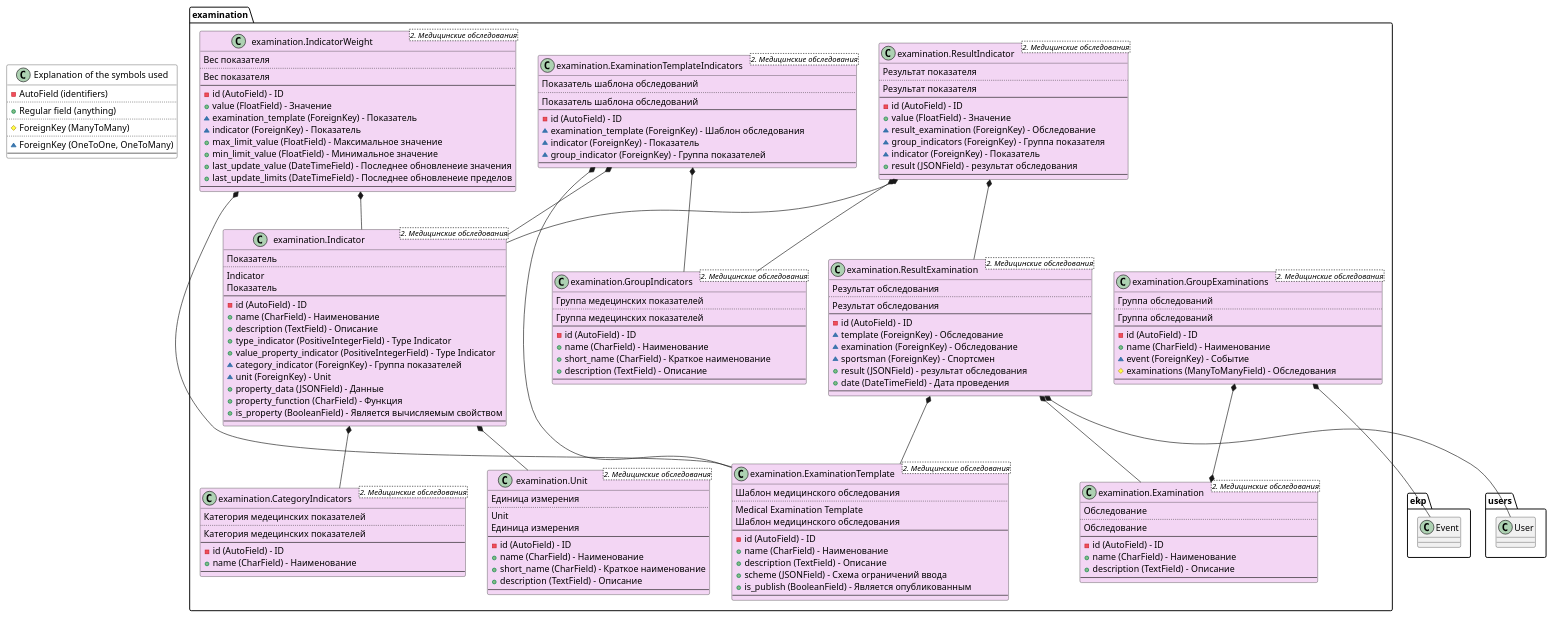
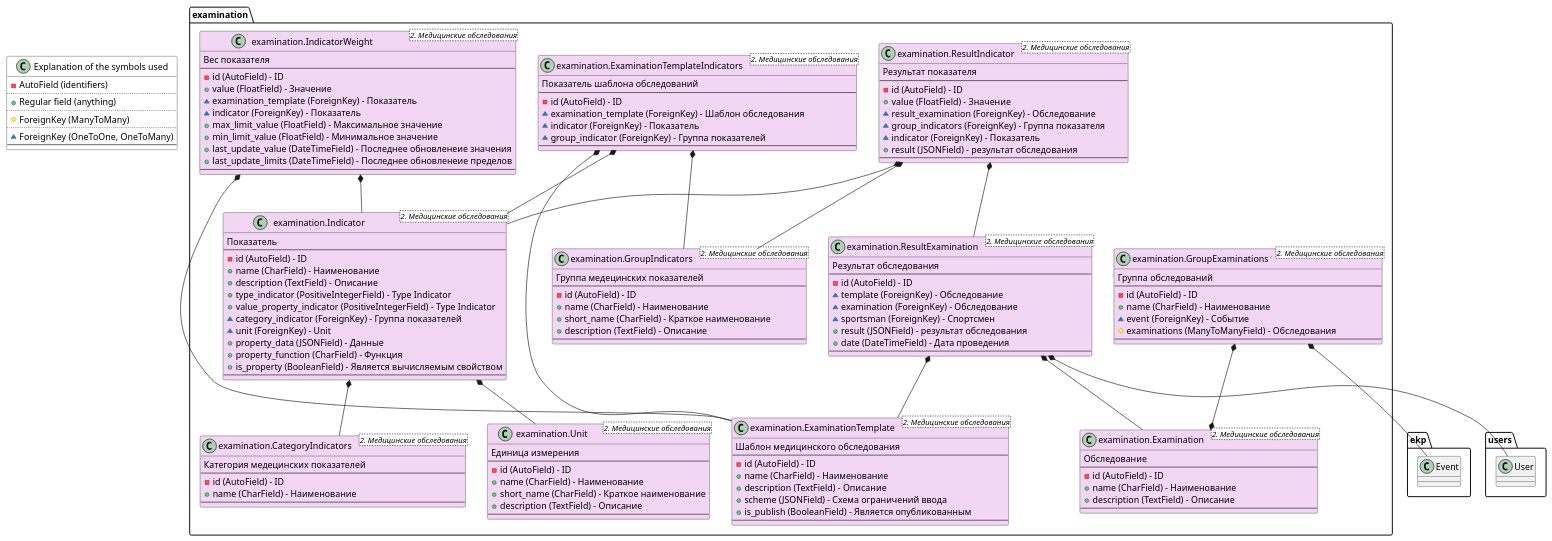
One commit to kiselevvn/sport-system-backend changed the diagram in docs/diagrams/src/class/v2/examination.puml. Above: the diagram before and after it, drawn with PlantUML. The commit also changed 9 other files, not shown here.

```diff
--- a/docs/diagrams/src/class/v2/examination.puml
+++ b/docs/diagrams/src/class/v2/examination.puml
@@ -1,188 +1,163 @@
 @startuml
 
     class "Explanation of the symbols used" as DESCRIPTION #FFF {
     - AutoField (identifiers)
     ..
     + Regular field (anything)
     ..
     # ForeignKey (ManyToMany)
     ..
     ~ ForeignKey (OneToOne, OneToMany)
     --
 }
 
 
 class "examination.Examination <2. Медицинские обследования>" as examination.Examination #f3d6f4 {
     Обследование
-    ..
-    Обследование
     --
     - id (AutoField) - ID
     + name (CharField) - Наименование
     + description (TextField) - Описание
     --
 }
 
 
 class "examination.GroupExaminations <2. Медицинские обследования>" as examination.GroupExaminations #f3d6f4 {
-    Группа обследований
-    ..
     Группа обследований
     --
     - id (AutoField) - ID
     + name (CharField) - Наименование
     ~ event (ForeignKey) - Событие
     # examinations (ManyToManyField) - Обследования
     --
 }
 examination.GroupExaminations *-- ekp.Event
 examination.GroupExaminations *--* examination.Examination
 
 
 class "examination.ResultExamination <2. Медицинские обследования>" as examination.ResultExamination #f3d6f4 {
-    Результат обследования
-    ..
     Результат обследования
     --
     - id (AutoField) - ID
     ~ template (ForeignKey) - Обследование
     ~ examination (ForeignKey) - Обследование
     ~ sportsman (ForeignKey) - Спортсмен
     + result (JSONField) - результат обследования
     + date (DateTimeField) - Дата проведения
     --
 }
 examination.ResultExamination *-- examination.ExaminationTemplate
 examination.ResultExamination *-- examination.Examination
 examination.ResultExamination *-- users.User
 
 
 class "examination.ResultIndicator <2. Медицинские обследования>" as examination.ResultIndicator #f3d6f4 {
     Результат показателя
-    ..
-    Результат показателя
     --
     - id (AutoField) - ID
     + value (FloatField) - Значение
     ~ result_examination (ForeignKey) - Обследование
     ~ group_indicators (ForeignKey) - Группа показателя
     ~ indicator (ForeignKey) - Показатель
     + result (JSONField) - результат обследования
     --
 }
 examination.ResultIndicator *-- examination.ResultExamination
 examination.ResultIndicator *-- examination.GroupIndicators
 examination.ResultIndicator *-- examination.Indicator
 
 
 class "examination.Unit <2. Медицинские обследования>" as examination.Unit #f3d6f4 {
     Единица измерения
-    ..
-    Unit
-    Единица измерения
     --
     - id (AutoField) - ID
     + name (CharField) - Наименование
     + short_name (CharField) - Краткое наименование
     + description (TextField) - Описание
     --
 }
 
 
 class "examination.Indicator <2. Медицинские обследования>" as examination.Indicator #f3d6f4 {
-    Показатель
-    ..
-    Indicator
     Показатель
     --
     - id (AutoField) - ID
     + name (CharField) - Наименование
     + description (TextField) - Описание
     + type_indicator (PositiveIntegerField) - Type Indicator
     + value_property_indicator (PositiveIntegerField) - Type Indicator
     ~ category_indicator (ForeignKey) - Группа показателей
     ~ unit (ForeignKey) - Unit
     + property_data (JSONField) - Данные
     + property_function (CharField) - Функция
     + is_property (BooleanField) - Является вычисляемым свойством
     --
 }
 examination.Indicator *-- examination.CategoryIndicators
 examination.Indicator *-- examination.Unit
 
 
 class "examination.CategoryIndicators <2. Медицинские обследования>" as examination.CategoryIndicators #f3d6f4 {
     Категория медецинских показателей
-    ..
-    Категория медецинских показателей
     --
     - id (AutoField) - ID
     + name (CharField) - Наименование
     --
 }
 
 
 class "examination.ExaminationTemplate <2. Медицинские обследования>" as examination.ExaminationTemplate #f3d6f4 {
-    Шаблон медицинского обследования
-    ..
-    Medical Examination Template
     Шаблон медицинского обследования
     --
     - id (AutoField) - ID
     + name (CharField) - Наименование
     + description (TextField) - Описание
     + scheme (JSONField) - Схема ограничений ввода
     + is_publish (BooleanField) - Является опубликованным
     --
 }
 
 
 class "examination.ExaminationTemplateIndicators <2. Медицинские обследования>" as examination.ExaminationTemplateIndicators #f3d6f4 {
-    Показатель шаблона обследований
-    ..
     Показатель шаблона обследований
     --
     - id (AutoField) - ID
     ~ examination_template (ForeignKey) - Шаблон обследования
     ~ indicator (ForeignKey) - Показатель
     ~ group_indicator (ForeignKey) - Группа показателей
     --
 }
 examination.ExaminationTemplateIndicators *-- examination.ExaminationTemplate
 examination.ExaminationTemplateIndicators *-- examination.Indicator
 examination.ExaminationTemplateIndicators *-- examination.GroupIndicators
 
 
 class "examination.GroupIndicators <2. Медицинские обследования>" as examination.GroupIndicators #f3d6f4 {
     Группа медецинских показателей
-    ..
-    Группа медецинских показателей
     --
     - id (AutoField) - ID
     + name (CharField) - Наименование
     + short_name (CharField) - Краткое наименование
     + description (TextField) - Описание
     --
 }
 
 
 class "examination.IndicatorWeight <2. Медицинские обследования>" as examination.IndicatorWeight #f3d6f4 {
-    Вес показателя
-    ..
     Вес показателя
     --
     - id (AutoField) - ID
     + value (FloatField) - Значение
     ~ examination_template (ForeignKey) - Показатель
     ~ indicator (ForeignKey) - Показатель
     + max_limit_value (FloatField) - Максимальное значение
     + min_limit_value (FloatField) - Минимальное значение
     + last_update_value (DateTimeField) - Последнее обновленеие значения
     + last_update_limits (DateTimeField) - Последнее обновленеие пределов
     --
 }
 examination.IndicatorWeight *-- examination.ExaminationTemplate
 examination.IndicatorWeight *-- examination.Indicator
 
 
 @enduml
```
